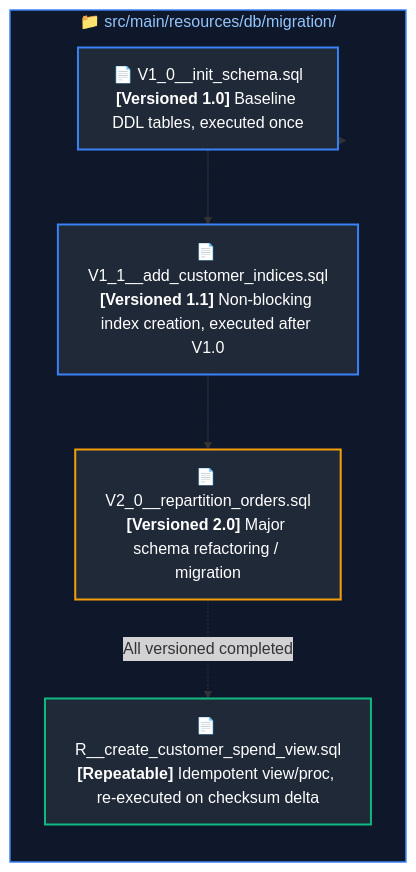
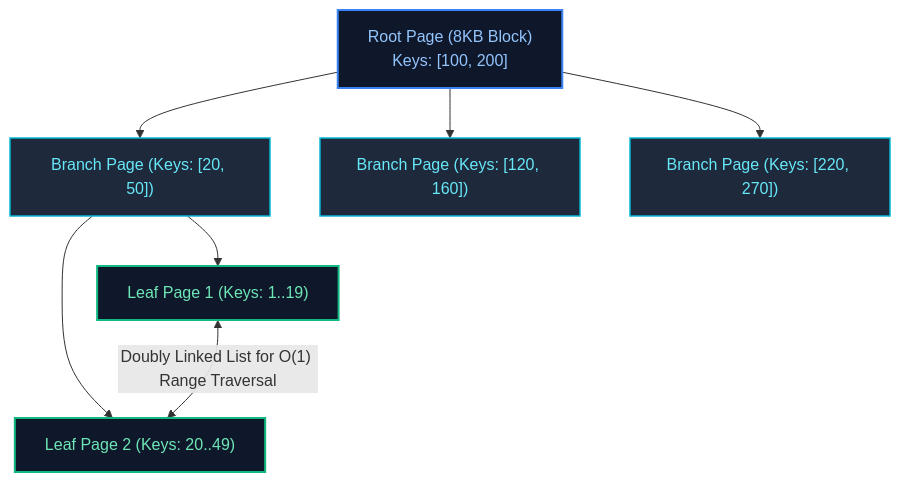
One commit to joydeep-biswas/Interview-Preparation changed the tenth of 13 diagrams in Java Backend Engineering/09_relational_databases_and_sql.md. Above: the diagram before and after it, drawn with Mermaid. The commit also changed other lines of this file and 143 other files, not shown here.

````diff
--- a/Java Backend Engineering/09_relational_databases_and_sql.md
+++ b/Java Backend Engineering/09_relational_databases_and_sql.md
@@ -664,21 +804,19 @@
 ```mermaid
-flowchart LR
-    subgraph FlywayDir ["📁 src/main/resources/db/migration/"]
-        direction TB
-        V1_0["📄 V1_0__init_schema.sql<br/><b>[Versioned 1.0]</b> Baseline DDL tables, executed once"]
-        V1_1["📄 V1_1__add_customer_indices.sql<br/><b>[Versioned 1.1]</b> Non-blocking index creation, executed after V1.0"]
-        V2_0["📄 V2_0__repartition_orders.sql<br/><b>[Versioned 2.0]</b> Major schema refactoring / migration"]
-        R_View["📄 R__create_customer_spend_view.sql<br/><b>[Repeatable]</b> Idempotent view/proc, re-executed on checksum delta"]
-    end
+flowchart TD
+    Root["Root Page (8KB Block)<br/>Keys: [100, 200]"]
+    Root --> Branch1["Branch Page (Keys: [20, 50])"]
+    Root --> Branch2["Branch Page (Keys: [120, 160])"]
+    Root --> Branch3["Branch Page (Keys: [220, 270])"]
 
-    FlywayDir --> V1_0
-    V1_0 --> V1_1
-    V1_1 --> V2_0
-    V2_0 -.->|"All versioned completed"| R_View
+    Branch1 --> Leaf1["Leaf Page 1 (Keys: 1..19)"]
+    Branch1 --> Leaf2["Leaf Page 2 (Keys: 20..49)"]
 
-    style FlywayDir fill:#0f172a,stroke:#3b82f6,stroke-width:1.5px,color:#93c5fd
-    style V1_0 fill:#1f2937,stroke:#3b82f6,stroke-width:2px,color:#fff
-    style V1_1 fill:#1f2937,stroke:#3b82f6,stroke-width:2px,color:#fff
-    style V2_0 fill:#1f2937,stroke:#f59e0b,stroke-width:2px,color:#fff
-    style R_View fill:#1f2937,stroke:#10b981,stroke-width:2px,color:#fff
+    Leaf1 <-->|"Doubly Linked List for O(1) Range Traversal"| Leaf2
+
+    style Root fill:#0f172a,stroke:#3b82f6,stroke-width:2px,color:#93c5fd
+    style Branch1 fill:#1e293b,stroke:#06b6d4,stroke-width:1.5px,color:#67e8f9
+    style Branch2 fill:#1e293b,stroke:#06b6d4,stroke-width:1.5px,color:#67e8f9
+    style Branch3 fill:#1e293b,stroke:#06b6d4,stroke-width:1.5px,color:#67e8f9
+    style Leaf1 fill:#0f172a,stroke:#10b981,stroke-width:2px,color:#6ee7b7
+    style Leaf2 fill:#0f172a,stroke:#10b981,stroke-width:2px,color:#6ee7b7
 ```
````
